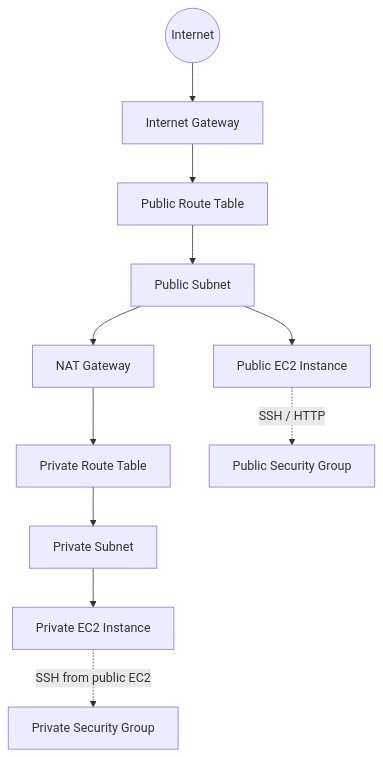
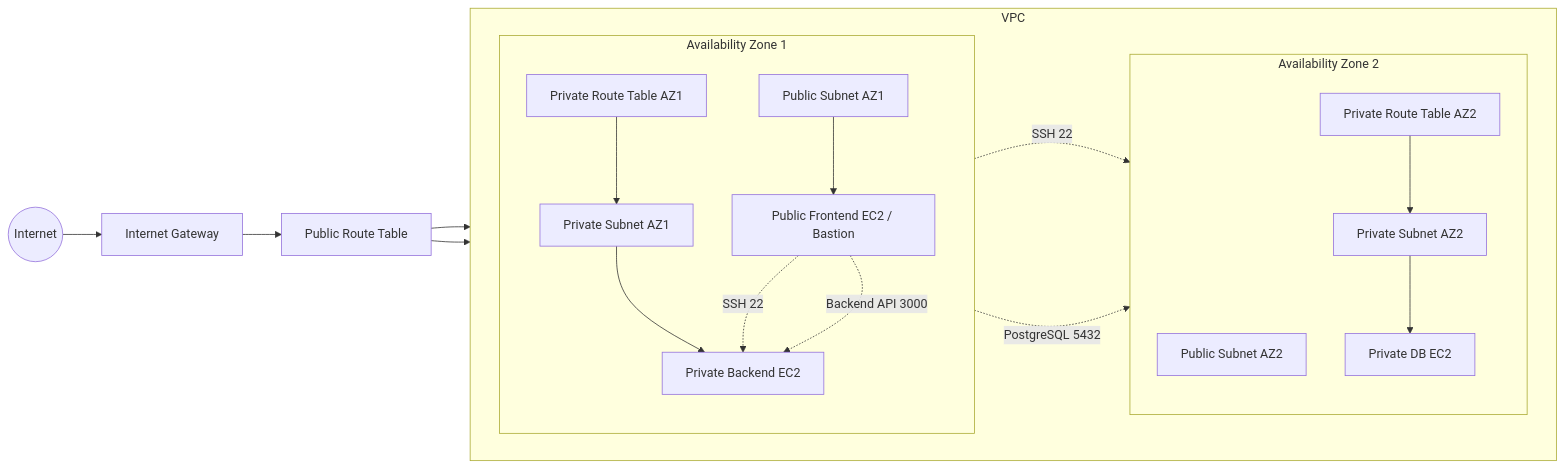
One commit to Tanvir-Alam625/aws-network-with-terraform changed the diagram in README.md. Above: the diagram before and after it, drawn with Mermaid. The commit also changed other lines of this file and 6 other files, not shown here.

Commit message:
added db instance  and update private instance security groups

````diff
--- a/README.md
+++ b/README.md
@@ -7,15 +7,41 @@
 ```mermaid
-flowchart TB
+flowchart LR
   Internet((Internet)) --> IGW[Internet Gateway]
   IGW --> PublicRT[Public Route Table]
-  PublicRT --> PublicSubnet[Public Subnet]
-  PublicSubnet --> PublicEC2[Public EC2 Instance]
 
-  PublicSubnet --> NAT[NAT Gateway]
-  NAT --> PrivateRT[Private Route Table]
-  PrivateRT --> PrivateSubnet[Private Subnet]
-  PrivateSubnet --> PrivateEC2[Private EC2 Instance]
+  subgraph VPC[VPC]
+    direction LR
 
-  PublicEC2 -. SSH / HTTP .-> SG1[Public Security Group]
-  PrivateEC2 -. SSH from public EC2 .-> SG2[Private Security Group]
+    subgraph AZ1[Availability Zone 1]
+      direction TB
+      PublicSubnetAZ1[Public Subnet AZ1]
+      PrivateSubnetAZ1[Private Subnet AZ1]
+      PublicEC2[Public Frontend EC2 / Bastion]
+      BackendEC2[Private Backend EC2]
+      PrivateRTAZ1[Private Route Table AZ1]
+
+      PublicSubnetAZ1 --> PublicEC2
+      PrivateRTAZ1 --> PrivateSubnetAZ1
+      PrivateSubnetAZ1 --> BackendEC2
+    end
+
+    subgraph AZ2[Availability Zone 2]
+      direction TB
+      PublicSubnetAZ2[Public Subnet AZ2]
+      PrivateSubnetAZ2[Private Subnet AZ2]
+      DbEC2[Private DB EC2]
+      PrivateRTAZ2[Private Route Table AZ2]
+
+      PrivateRTAZ2 --> PrivateSubnetAZ2
+      PrivateSubnetAZ2 --> DbEC2
+    end
+  end
+
+  PublicRT --> PublicSubnetAZ1
+  PublicRT --> PublicSubnetAZ2
+
+  PublicEC2 -. SSH 22 .-> BackendEC2
+  PublicEC2 -. Backend API 3000 .-> BackendEC2
+  PublicEC2 -. SSH 22 .-> DbEC2
+  BackendEC2 -. PostgreSQL 5432 .-> DbEC2
 ```
````
